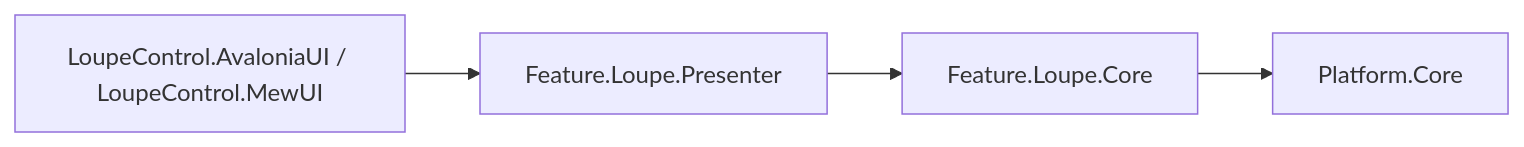
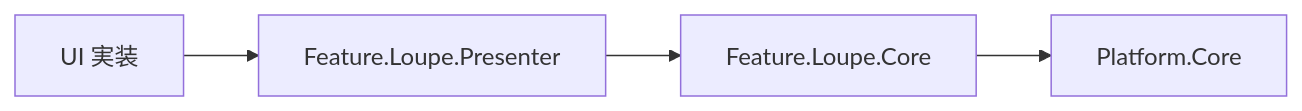
One commit to tomokuni/SaveEvidence changed the first of 2 diagrams in src/Feature.Loupe.Presenter/docs/SPEC_System.md. Above: the diagram before and after it, drawn with Mermaid. The commit also changed other lines of this file and 5 other files, not shown here.

First line of the commit message:
Feature.Loupe.Presenter のドキュメントとコメントから外部プロジェクトの記載を除く

````diff
--- a/src/Feature.Loupe.Presenter/docs/SPEC_System.md
+++ b/src/Feature.Loupe.Presenter/docs/SPEC_System.md
@@ -29,6 +29,6 @@
 ```mermaid
 graph LR
-  UI[LoupeControl.AvaloniaUI / LoupeControl.MewUI] --> R[Feature.Loupe.Presenter]
+  UI["UI 実装"] --> R[Feature.Loupe.Presenter]
   R --> B[Feature.Loupe.Core]
   B --> D[Platform.Core]
 ```
````
